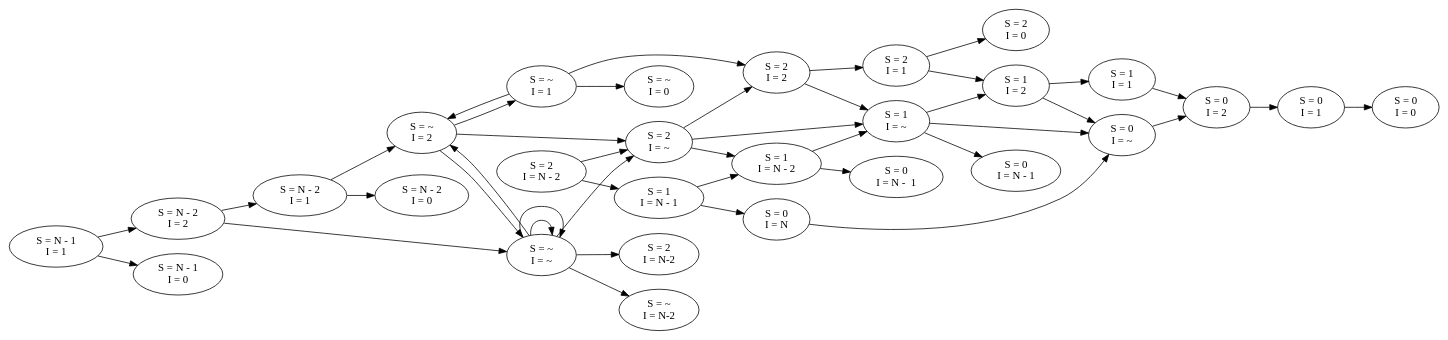
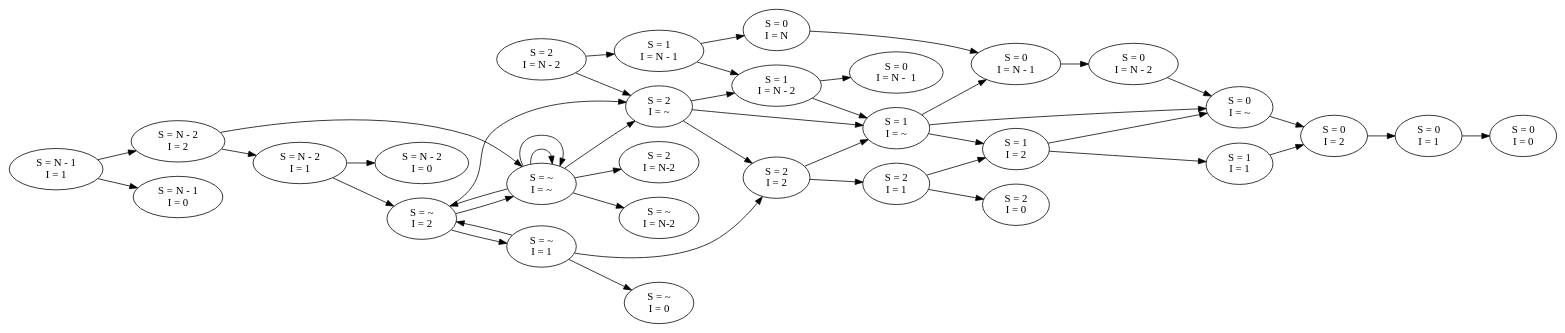
Before and after one commit to Kangaa/SCI499: the fourth of 4 diagrams in notebooks/Q.qmd, drawn with Graphviz. The commit also changed other lines of this file, not shown here.

````diff
--- a/notebooks/Q.qmd
+++ b/notebooks/Q.qmd
@@ -87,68 +98,68 @@
 ```{dot}
 digraph {
     rankdir = "LR"
+
     "S = 0 \n I = 1" ->    "S = 0 \n I = 0" 
-
     "S = 0 \n I = 2" ->    "S = 0 \n I = 1" 
-
     "S = 0 \n I = ~" ->    "S = 0 \n I = 2"
-
-    "S = 0 \n I = N" ->    "S = 0 \n I = ~"
-
+    "S = 0 \n I = N" ->    "S = 0 \n I = N - 1"
+    "S = 0 \n I = N - 1" -> "S = 0 \n I = N - 2"
+    "S = 0 \n I = N - 2" -> "S = 0 \n I = ~"
 
     "S = 1 \n I = 1" ->    "S = 0 \n I = 2" 
 
     "S = 1 \n I = 2" ->    "S = 1 \n I = 1"
     "S = 1 \n I = 2" ->    "S = 0 \n I = ~"
 
     "S = 1 \n I = ~" ->    "S = 1 \n I = 2"
     "S = 1 \n I = ~" ->    "S = 0 \n I = ~"
     "S = 1 \n I = ~" ->    "S = 0 \n I = N - 1"
 
     "S = 1 \n I = N - 1" -> "S = 1 \n I = N - 2"
     "S = 1 \n I = N - 1" -> "S = 0 \n I = N"
 
     "S = 1 \n I = N - 2" -> "S = 0 \n I = N -  1"
     "S = 1 \n I = N - 2" -> "S = 1 \n I = ~"
 
 
     "S = 2 \n I = 1" ->    "S = 1 \n I = 2"
     "S = 2 \n I = 1" ->    "S = 2 \n I = 0"
 
     "S = 2 \n I = 2" ->    "S = 1 \n I = ~"
     "S = 2 \n I = 2" ->    "S = 2 \n I = 1"
 
     "S = 2 \n I = ~" ->    "S = 1 \n I = ~"
     "S = 2 \n I = ~" ->    "S = 1 \n I = N - 2"
     "S = 2 \n I = ~" ->    "S = 2 \n I = 2"
-    
+
     "S = 2 \n I = N - 2" -> "S = 1 \n I = N - 1"
     "S = 2 \n I = N - 2" -> "S = 2 \n I = ~"
     
 
     "S = ~ \n I = 1" ->    "S = ~ \n I = 0"
     "S = ~ \n I = 1" ->    "S = ~ \n I = 2"
     "S = ~ \n I = 1" ->    "S = 2 \n I = 2"
 
     "S = ~ \n I = 2" ->    "S = ~ \n I = ~"
     "S = ~ \n I = 2" ->    "S = 2 \n I = ~"
     "S = ~ \n I = 2" ->    "S = ~ \n I = 1"
 
     "S = ~ \n I = ~" ->    "S = 2 \n I = ~"
     "S = ~ \n I = ~" ->    "S = 2 \n I = N-2"
     "S = ~ \n I = ~" ->    "S = ~ \n I = ~"
     "S = ~ \n I = ~" ->    "S = ~ \n I = N-2"
 
     "S = ~ \n I = ~" ->    "S = ~ \n I = ~"
     "S = ~ \n I = ~" ->    "S = ~ \n I = 2"
 
+
     "S = N - 1 \n I = 1" ->    "S = N - 2 \n I = 2"
     "S = N - 1 \n I = 1" ->    "S = N - 1\n I = 0"
 
     "S = N - 2 \n I = 1" -> "S = ~ \n I = 2"
     "S = N - 2 \n I = 1" -> "S = N - 2 \n I = 0"
 
     "S = N - 2 \n I = 2" -> "S = ~ \n I = ~"
     "S = N - 2 \n I = 2" -> "S = N - 2 \n I = 1"
 }   
 ```
````
